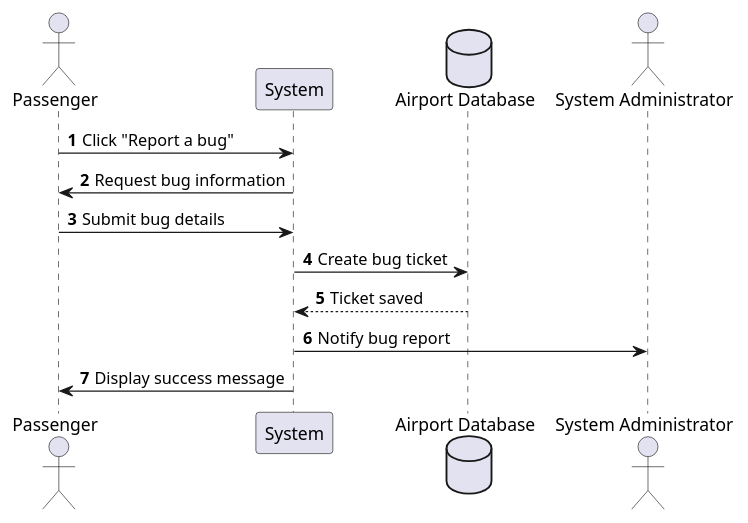
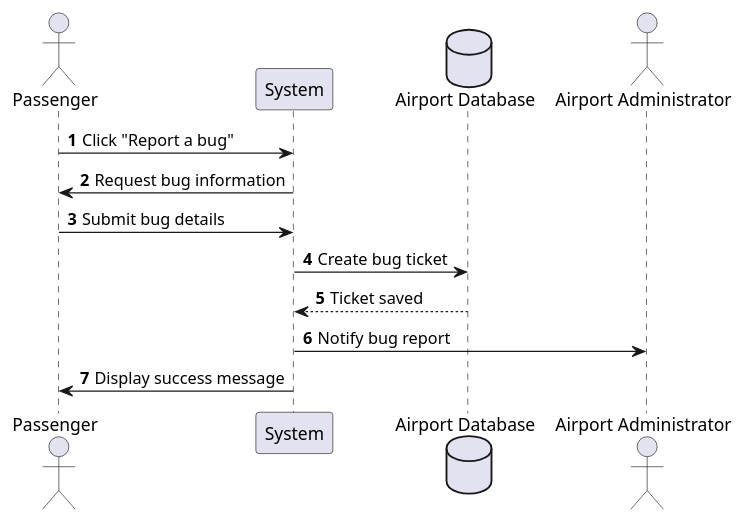
One commit to pls-lcu/airpal-SE-25-26- changed the diagram in docs/uml/UC16.puml. Above: the diagram before and after it, drawn with PlantUML. The commit also changed 6 other files, not shown here.

Commit message:
merge SystemAdministrator into AirportAdministrator

```diff
--- a/docs/uml/UC16.puml
+++ b/docs/uml/UC16.puml
@@ -1,17 +1,17 @@
 @startuml UC16_ReportBug
 autonumber
 
 actor "Passenger" as Passenger
 participant "System" as Sys
 database "Airport Database" as DB
-actor "System Administrator" as SystemAdministrator
+actor "Airport Administrator" as AirportAdministrator
 
 Passenger -> Sys : Click "Report a bug"
 Sys -> Passenger : Request bug information
 Passenger -> Sys : Submit bug details
 Sys -> DB : Create bug ticket
 DB --> Sys : Ticket saved
-Sys -> SystemAdministrator : Notify bug report
+Sys -> AirportAdministrator : Notify bug report
 Sys -> Passenger : Display success message
 
 @enduml
```
